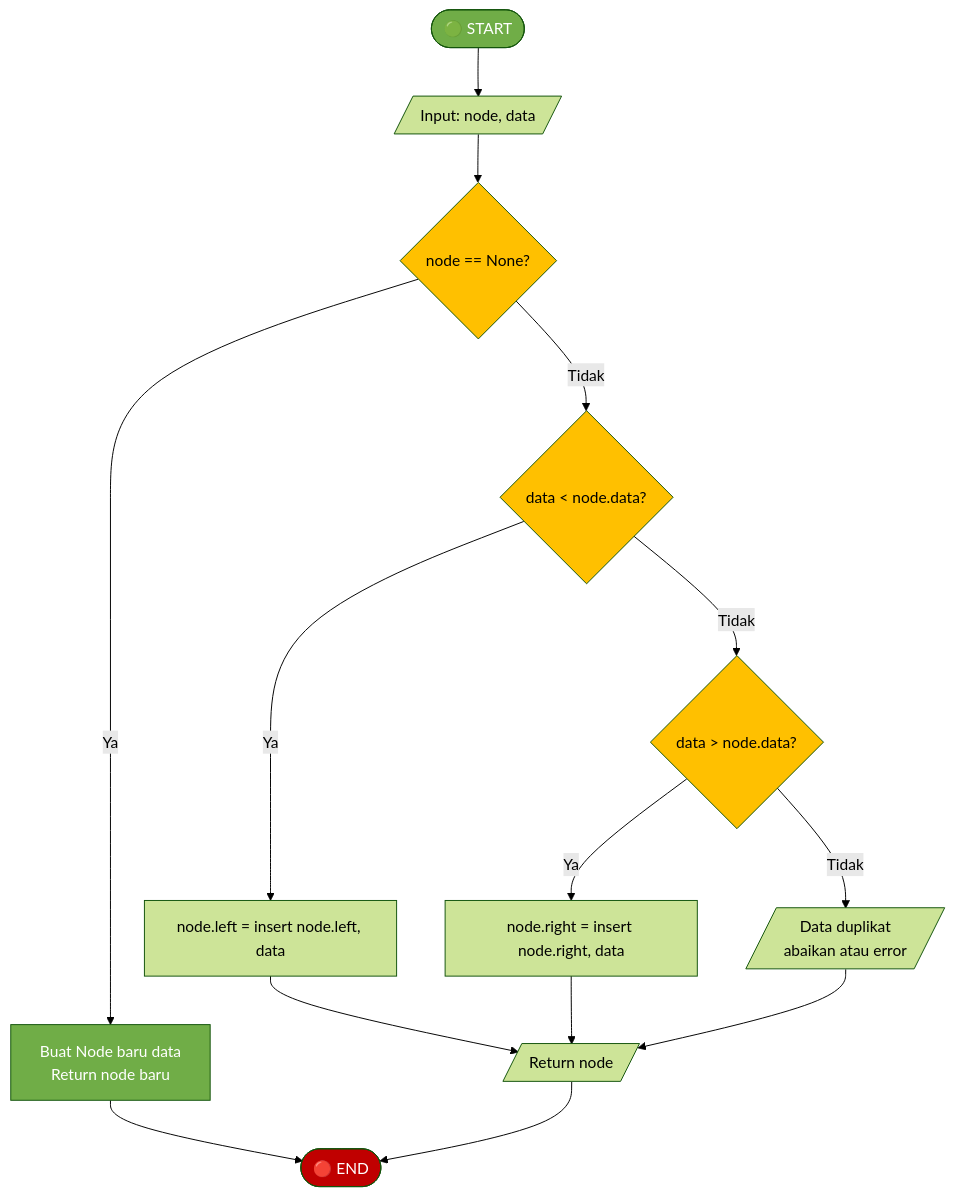
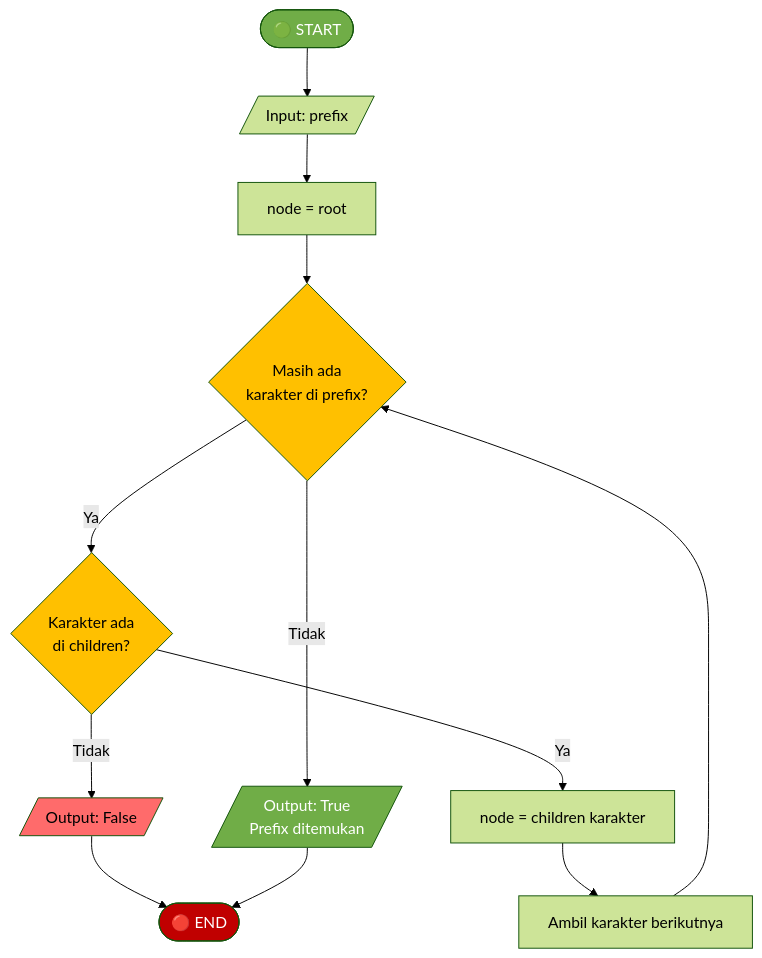
Before and after one commit to aidilsaputrakirsan/webVisualisasi: the sixth of 15 diagrams in materi-baru.md, drawn with Mermaid (forest theme). The commit also changed other lines of this file and 56 other files, not shown here.

````diff
--- a/materi-baru.md
+++ b/materi-baru.md
@@ -234,23 +224,21 @@
 ```mermaid
 flowchart TD
-    START([🟢 START]) --> INPUT[/Input: node, data/]
-    INPUT --> CHECK1{node == None?}
-    CHECK1 -->|Ya| CREATE[Buat Node baru data<br/>Return node baru]
-    CHECK1 -->|Tidak| CHECK2{data < node.data?}
-    CHECK2 -->|Ya| GOLEFT[node.left = insert node.left, data]
-    CHECK2 -->|Tidak| CHECK3{data > node.data?}
-    CHECK3 -->|Ya| GORIGHT[node.right = insert node.right, data]
-    CHECK3 -->|Tidak| DUP[/Data duplikat<br/>abaikan atau error/]
-    GOLEFT --> RETURN[/Return node/]
-    GORIGHT --> RETURN
-    CREATE --> END([🔴 END])
-    DUP --> RETURN
-    RETURN --> END
+    START([🟢 START]) --> INPUT[/Input: prefix/]
+    INPUT --> INIT[node = root]
+    INIT --> LOOP{Masih ada<br/>karakter di prefix?}
+    LOOP -->|Ya| CHECK{Karakter ada<br/>di children?}
+    CHECK -->|Tidak| NOTFOUND[/Output: False/]
+    CHECK -->|Ya| MOVE[node = children karakter]
+    MOVE --> NEXT[Ambil karakter berikutnya]
+    NEXT --> LOOP
+    LOOP -->|Tidak| FOUND[/Output: True<br/>Prefix ditemukan/]
+    NOTFOUND --> END([🔴 END])
+    FOUND --> END
     
     style START fill:#70AD47,color:#fff
     style END fill:#C00000,color:#fff
-    style CHECK1 fill:#FFC000
-    style CHECK2 fill:#FFC000
-    style CHECK3 fill:#FFC000
-    style CREATE fill:#70AD47,color:#fff
+    style LOOP fill:#FFC000
+    style CHECK fill:#FFC000
+    style FOUND fill:#70AD47,color:#fff
+    style NOTFOUND fill:#FF6B6B
 ```
````
